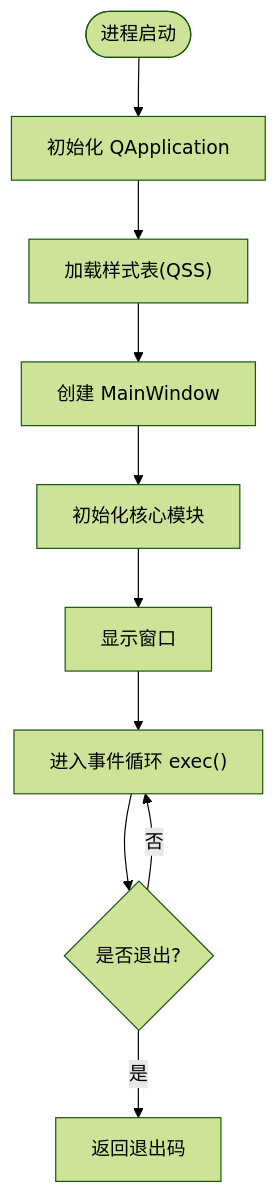
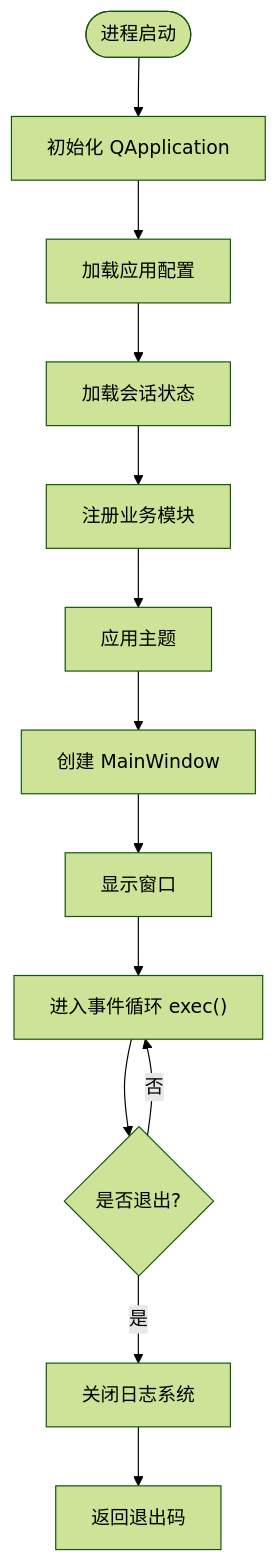
Before and after one commit to jakecai1225-design/OpenBus: the fourth of 7 diagrams in .qoder/repowiki/zh/content/核心模块详解/核心模块详解.md, drawn with Mermaid (forest theme). The commit also changed other lines of this file and 177 other files, not shown here.

````diff
--- a/.qoder/repowiki/zh/content/核心模块详解/核心模块详解.md
+++ b/.qoder/repowiki/zh/content/核心模块详解/核心模块详解.md
@@ -224,12 +366,15 @@
 ```mermaid
 flowchart TD
 Start(["进程启动"]) --> InitApp["初始化 QApplication"]
-InitApp --> LoadStyle["加载样式表(QSS)"]
-LoadStyle --> CreateWin["创建 MainWindow"]
-CreateWin --> InitCore["初始化核心模块"]
-InitCore --> ShowWin["显示窗口"]
+InitApp --> LoadConfig["加载应用配置"]
+LoadConfig --> LoadSession["加载会话状态"]
+LoadSession --> RegisterModules["注册业务模块"]
+RegisterModules --> ApplyTheme["应用主题"]
+ApplyTheme --> CreateWin["创建 MainWindow"]
+CreateWin --> ShowWin["显示窗口"]
 ShowWin --> ExecLoop["进入事件循环 exec()"]
 ExecLoop --> ExitCode{"是否退出?"}
 ExitCode --> |否| ExecLoop
-ExitCode --> |是| Return["返回退出码"]
+ExitCode --> |是| Shutdown["关闭日志系统"]
+Shutdown --> Return["返回退出码"]
 ```
````
